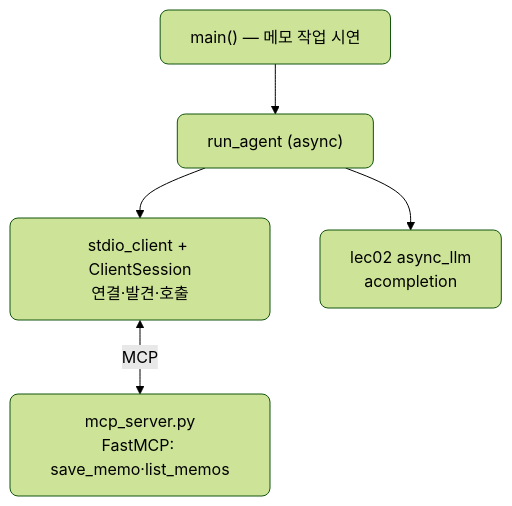
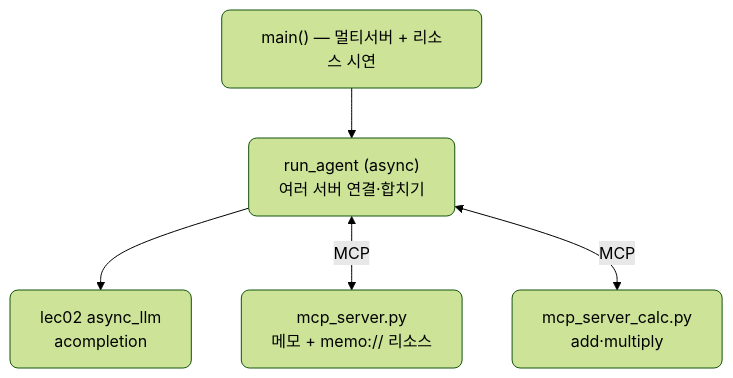
One commit to CodeCompose7/ai_service_engineering changed the sixth of 6 diagrams in docs/section3/lec04/README.md. Above: the diagram before and after it, drawn with Mermaid (forest theme). The commit also changed other lines of this file and 5 other files, not shown here.

````diff
--- a/docs/section3/lec04/README.md
+++ b/docs/section3/lec04/README.md
@@ -92,9 +164,9 @@
 ```mermaid
 flowchart TB
-  MAIN["main() — 메모 작업 시연"]
-  MAIN --> RA["run_agent (async)"]
-  RA --> SC["stdio_client + ClientSession<br/>연결·발견·호출"]
+  MAIN["main() — 멀티서버 + 리소스 시연"]
+  MAIN --> RA["run_agent (async)<br/>여러 서버 연결·합치기"]
   RA --> ALM["lec02 async_llm<br/>acompletion"]
-  SC <-->|"MCP"| SV["mcp_server.py<br/>FastMCP: save_memo·list_memos"]
+  RA <-->|"MCP"| SV1["mcp_server.py<br/>메모 + memo:// 리소스"]
+  RA <-->|"MCP"| SV2["mcp_server_calc.py<br/>add·multiply"]
   classDef default rx:8,ry:8;
 ```
````
